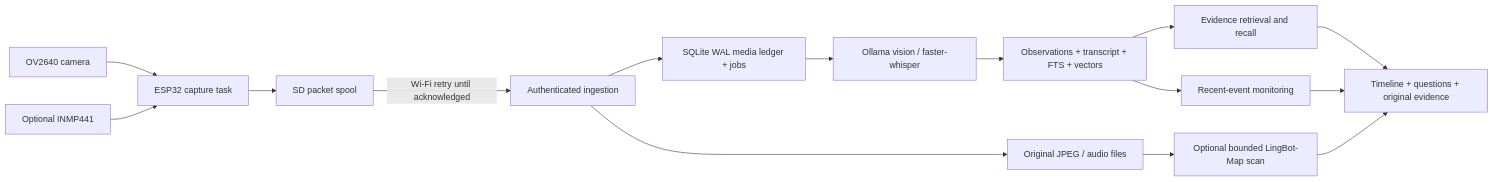
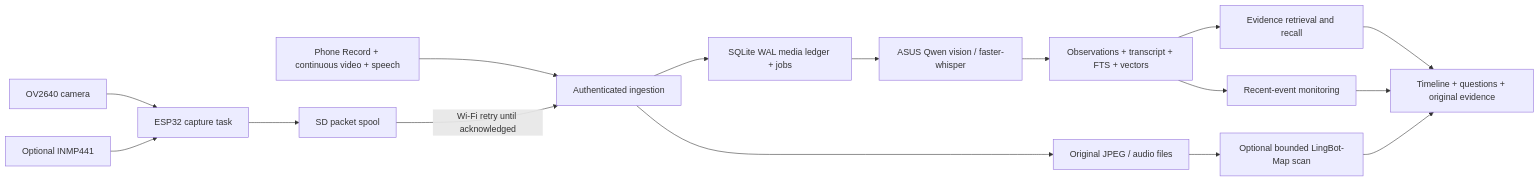
The diagram in docs/ARCHITECTURE.md (romirthedev/hackmit2026), drawn with Mermaid before and after one commit. The commit also changed other lines of this file and 41 other files, not shown here.

````diff
--- a/docs/ARCHITECTURE.md
+++ b/docs/ARCHITECTURE.md
@@ -3,17 +3,18 @@
 ```mermaid
 flowchart LR
   A[OV2640 camera] --> B[ESP32 capture task]
+  P[Phone Record + continuous video + speech] --> D[Authenticated ingestion]
   M[Optional INMP441] --> B
   B --> C[SD packet spool]
   C -->|Wi-Fi retry until acknowledged| D[Authenticated ingestion]
   D --> E[Original JPEG / audio files]
   D --> F[SQLite WAL media ledger + jobs]
-  F --> G[Ollama vision / faster-whisper]
+  F --> G[ASUS Qwen vision / faster-whisper]
   G --> H[Observations + transcript + FTS + vectors]
   H --> I[Evidence retrieval and recall]
   I --> J[Timeline + questions + original evidence]
   H --> K[Recent-event monitoring]
   K --> J
   E --> L[Optional bounded LingBot-Map scan]
   L --> J
 ```
````
